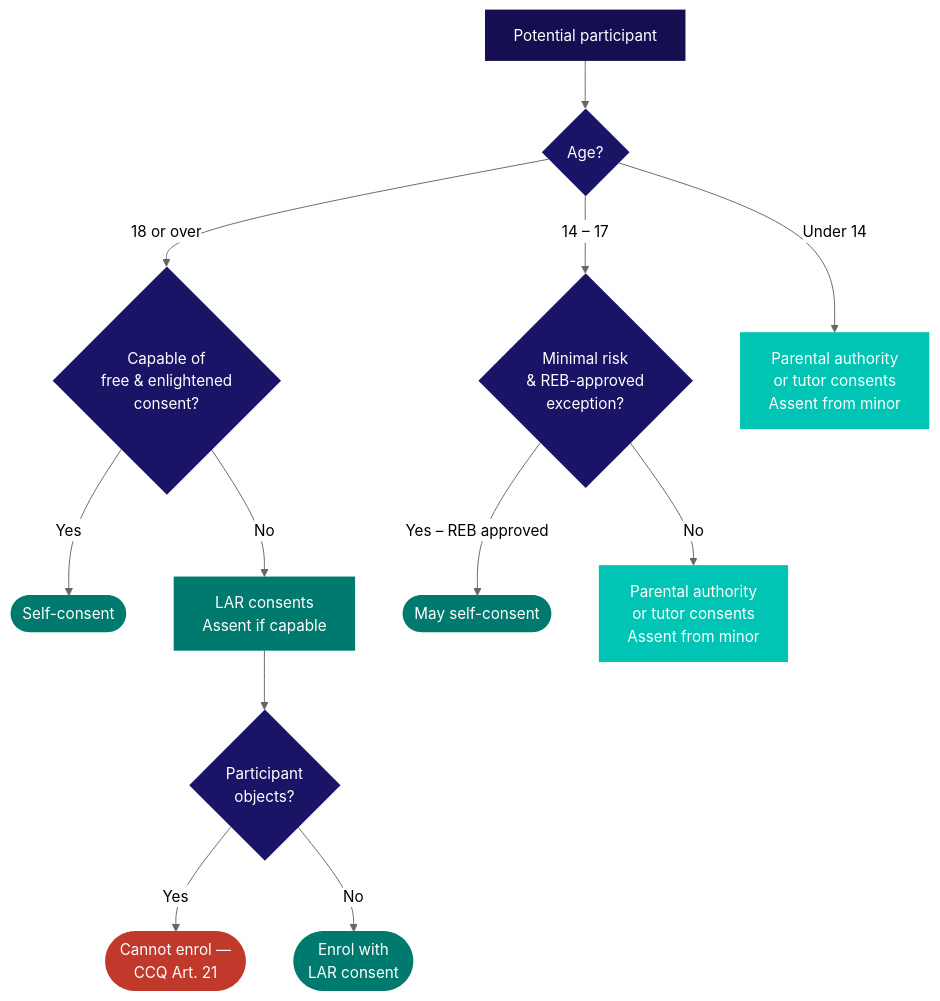
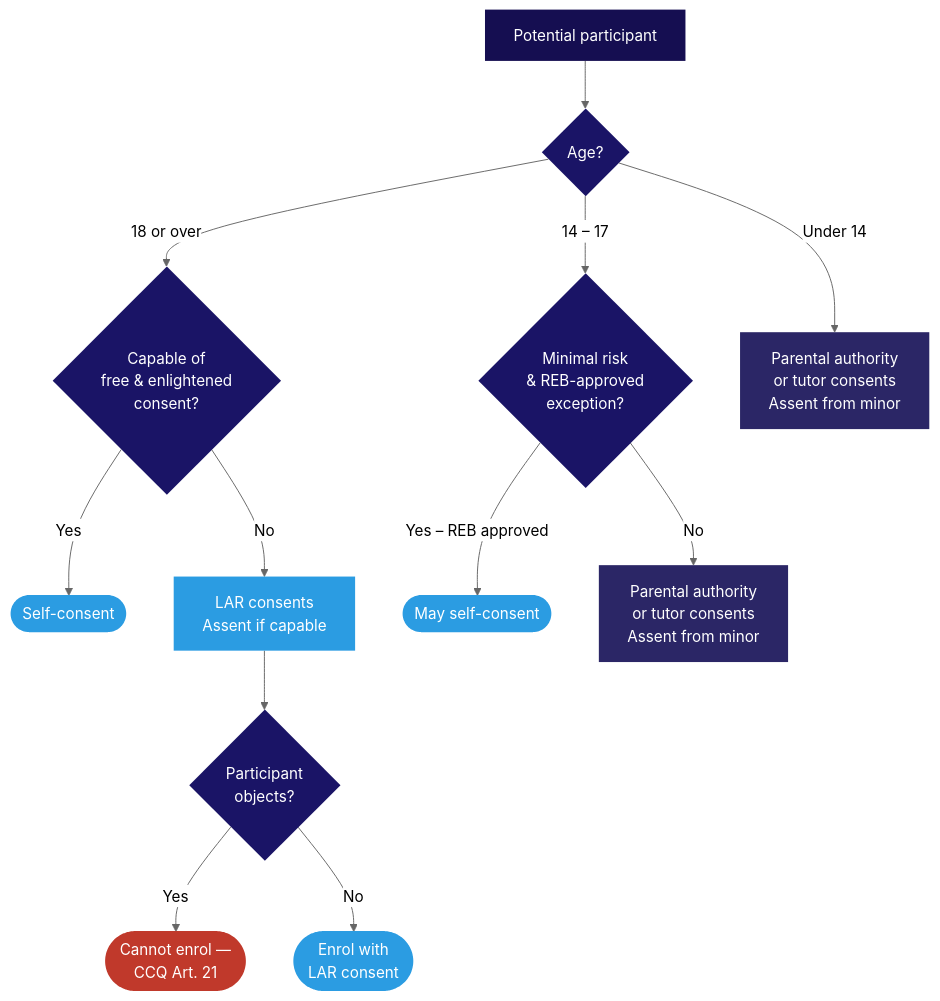
Before and after one commit to matthewfiorentino/docs: the second of 2 diagrams in kb/consent.mdx, drawn with Mermaid (neutral theme). The commit also changed other lines of this file and 36 other files, not shown here.

````diff
--- a/kb/consent.mdx
+++ b/kb/consent.mdx
@@ -67,31 +67,31 @@
 ```mermaid
 flowchart TD
     A[Potential participant] --> B{Age?}
 
     B -->|18 or over| C{Capable of\nfree & enlightened\nconsent?}
     B -->|14 – 17| D{Minimal risk\n& REB-approved\nexception?}
     B -->|Under 14| E[Parental authority\nor tutor consents\nAssent from minor]
 
     C -->|Yes| F([Self-consent])
     C -->|No| G[LAR consents\nAssent if capable]
 
     D -->|Yes – REB approved| H([May self-consent])
     D -->|No| I[Parental authority\nor tutor consents\nAssent from minor]
 
     G --> J{Participant\nobjects?}
     J -->|Yes| K([Cannot enrol —\nCCQ Art. 21])
     J -->|No| L([Enrol with\nLAR consent])
 
     style A  fill:#150e51,color:#fff,stroke:none
     style B  fill:#1a1466,color:#fff,stroke:none
     style C  fill:#1a1466,color:#fff,stroke:none
     style D  fill:#1a1466,color:#fff,stroke:none
     style J  fill:#1a1466,color:#fff,stroke:none
-    style F  fill:#007a6e,color:#fff,stroke:none
-    style H  fill:#007a6e,color:#fff,stroke:none
-    style L  fill:#007a6e,color:#fff,stroke:none
-    style E  fill:#00c4b4,color:#fff,stroke:none
-    style I  fill:#00c4b4,color:#fff,stroke:none
-    style G  fill:#007a6e,color:#fff,stroke:none
+    style F  fill:#2b9ce2,color:#fff,stroke:none
+    style H  fill:#2b9ce2,color:#fff,stroke:none
+    style L  fill:#2b9ce2,color:#fff,stroke:none
+    style E  fill:#2b2666,color:#fff,stroke:none
+    style I  fill:#2b2666,color:#fff,stroke:none
+    style G  fill:#2b9ce2,color:#fff,stroke:none
     style K  fill:#c0392b,color:#fff,stroke:none
 ```
````
